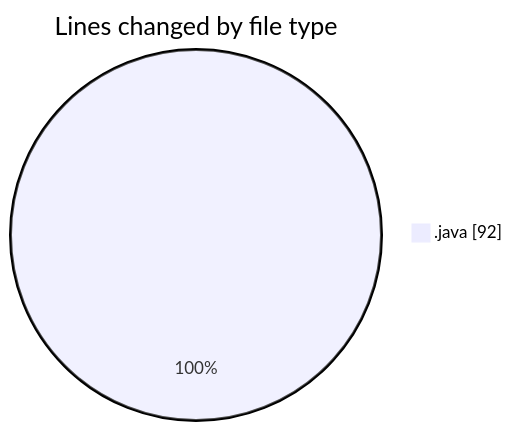
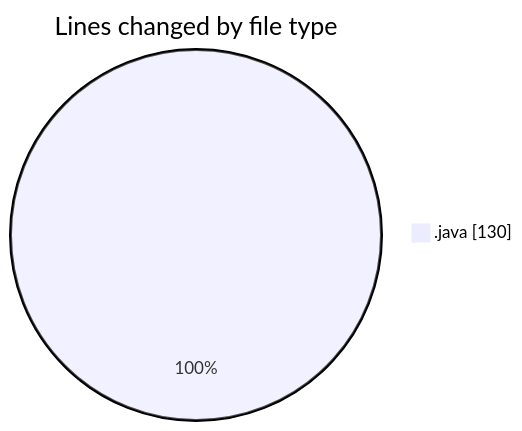
Before and after one commit to NitaiMahat/code-tracking: the first of 2 diagrams in 2025-02-10/classwork/README.md, drawn with Mermaid. The commit also changed other lines of this file and 1 other file, not shown here.

````diff
--- a/2025-02-10/classwork/README.md
+++ b/2025-02-10/classwork/README.md
@@ -23,5 +24,5 @@
 ```mermaid
 pie showData
 title Lines changed by file type
-".java" : 92
+".java" : 130
 ```
````
